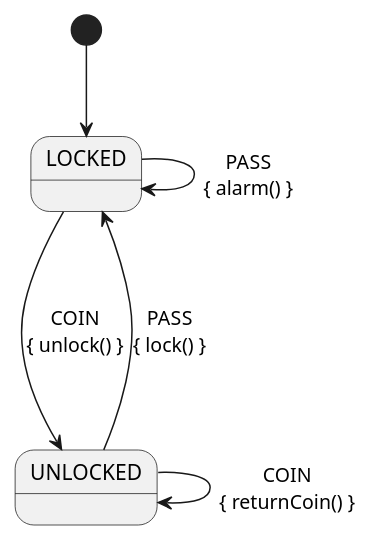
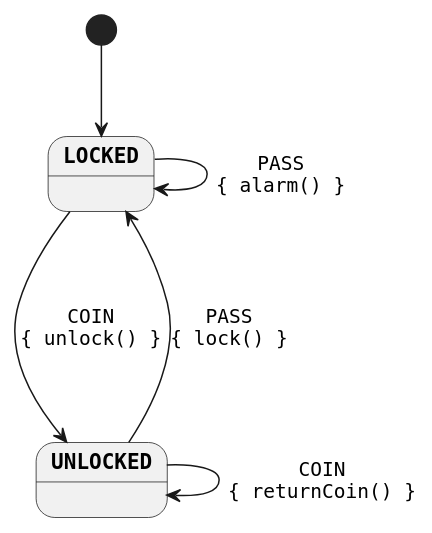
The diagram in src/docs/plantuml/turnstile-fsm.plantuml (open-jumpco/kfsm), drawn with PlantUML before and after one commit. The commit also changed 38 other files, not shown here.

```diff
--- a/src/docs/plantuml/turnstile-fsm.plantuml
+++ b/src/docs/plantuml/turnstile-fsm.plantuml
@@ -1,12 +1,18 @@
 @startuml
 
-skinparam classFontSize 9
-skinparam classFontName Monospaced
+skinparam monochrome true
+skinparam StateFontName Helvetica
+skinparam defaultFontName Monospaced
+skinparam defaultFontStyle Bold
+skinparam state {
+    FontColor Black
+    FontStyle Bold
+}
 
 [*] --> LOCKED
 LOCKED ---> UNLOCKED : COIN\n{ unlock() }
 UNLOCKED ---> LOCKED : PASS\n{ lock() }
 LOCKED ---> LOCKED : PASS\n{ alarm() }
 UNLOCKED ---> UNLOCKED : COIN\n{ returnCoin() }
 
 @enduml
```
